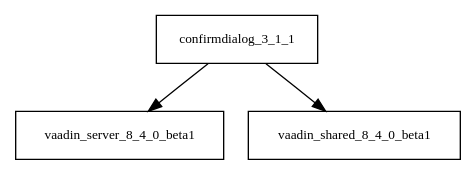
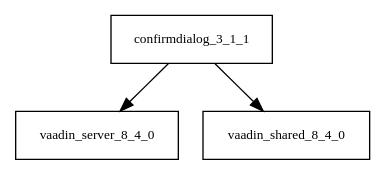
One commit to sjvs/cia changed the diagram in tattleTaleReport/graphviz/confirmdialog-3.1.1.jar/confirmdialog-3.1.1.jar.dot. Above: the diagram before and after it, drawn with Graphviz. The commit also changed 1518 other files, not shown here.

```diff
--- a/tattleTaleReport/graphviz/confirmdialog-3.1.1.jar/confirmdialog-3.1.1.jar.dot
+++ b/tattleTaleReport/graphviz/confirmdialog-3.1.1.jar/confirmdialog-3.1.1.jar.dot
@@ -1,5 +1,5 @@
 digraph confirmdialog_3_1_1_dependencies {
   node [shape = box, fontsize=10.0];
-  confirmdialog_3_1_1 -> vaadin_server_8_4_0_beta1;
-  confirmdialog_3_1_1 -> vaadin_shared_8_4_0_beta1;
+  confirmdialog_3_1_1 -> vaadin_server_8_4_0;
+  confirmdialog_3_1_1 -> vaadin_shared_8_4_0;
 }
```
